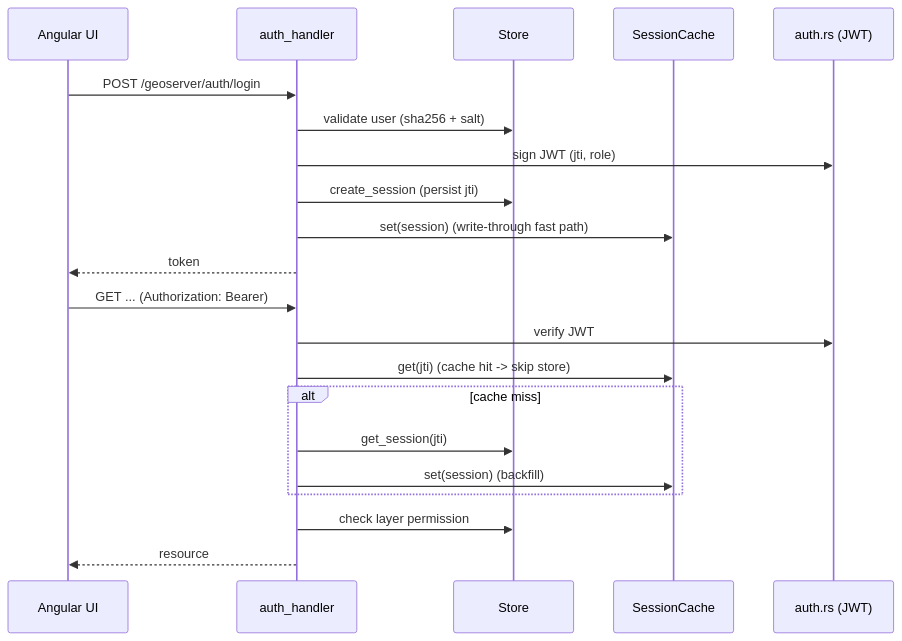
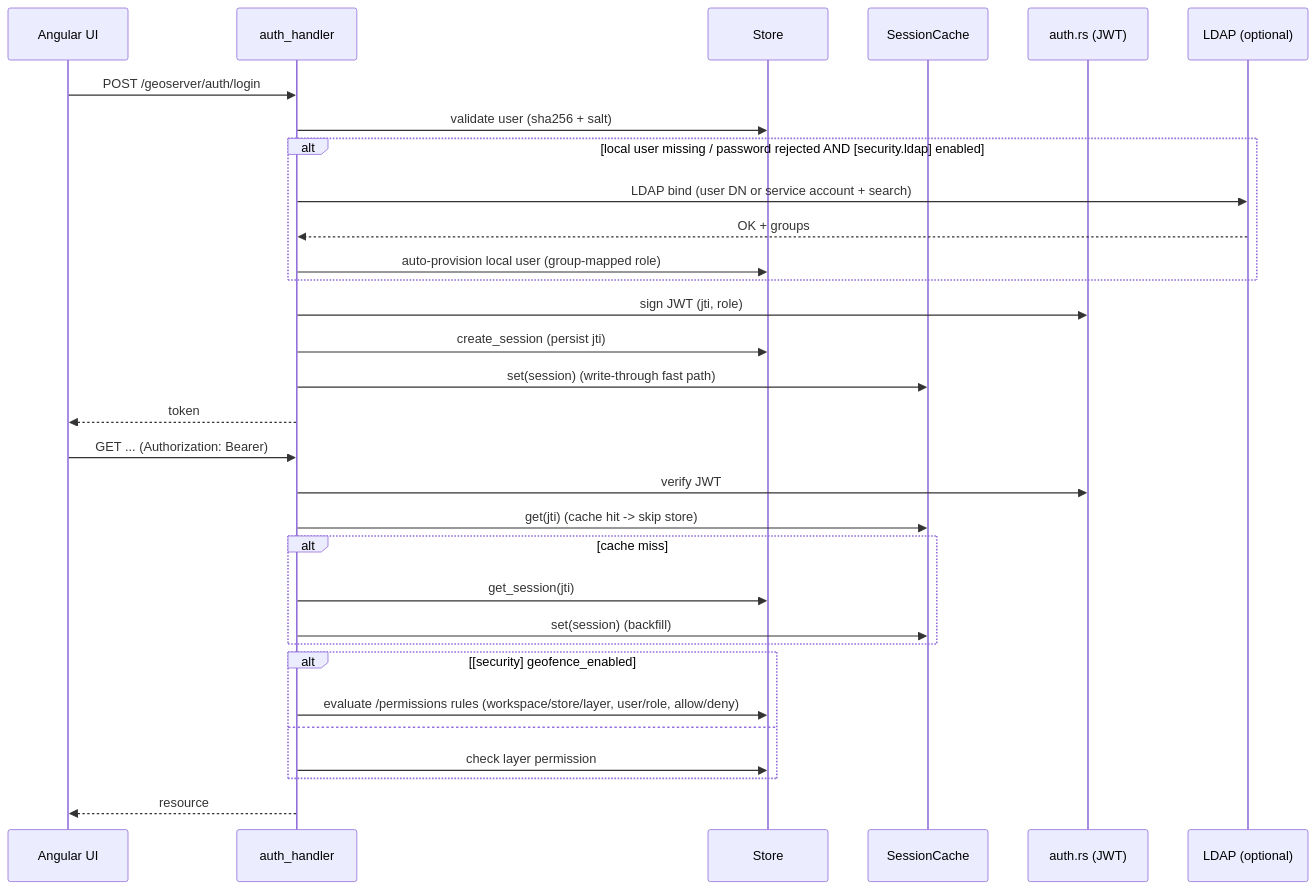
Before and after one commit to kakach96/Terrane: the sixth of 7 diagrams in docs/ARCHITECTURE.md, drawn with Mermaid. The commit also changed other lines of this file and 7 other files, not shown here.

````diff
--- a/docs/ARCHITECTURE.md
+++ b/docs/ARCHITECTURE.md
@@ -229,24 +229,34 @@
 ```mermaid
 sequenceDiagram
     participant UI as Angular UI
     participant H as auth_handler
     participant S as Store
     participant SC as SessionCache
     participant A as auth.rs (JWT)
+    participant L as LDAP (optional)
 
     UI->>H: POST /geoserver/auth/login
     H->>S: validate user (sha256 + salt)
+    alt local user missing / password rejected AND [security.ldap] enabled
+        H->>L: LDAP bind (user DN or service account + search)
+        L-->>H: OK + groups
+        H->>S: auto-provision local user (group-mapped role)
+    end
     H->>A: sign JWT (jti, role)
     H->>S: create_session (persist jti)
     H->>SC: set(session) (write-through fast path)
     H-->>UI: token
     UI->>H: GET ... (Authorization: Bearer)
     H->>A: verify JWT
     H->>SC: get(jti) (cache hit -> skip store)
     alt cache miss
         H->>S: get_session(jti)
         H->>SC: set(session) (backfill)
     end
-    H->>S: check layer permission
+    alt [security] geofence_enabled
+        H->>S: evaluate /permissions rules (workspace/store/layer, user/role, allow/deny)
+    else
+        H->>S: check layer permission
+    end
     H-->>UI: resource
 ```
````
